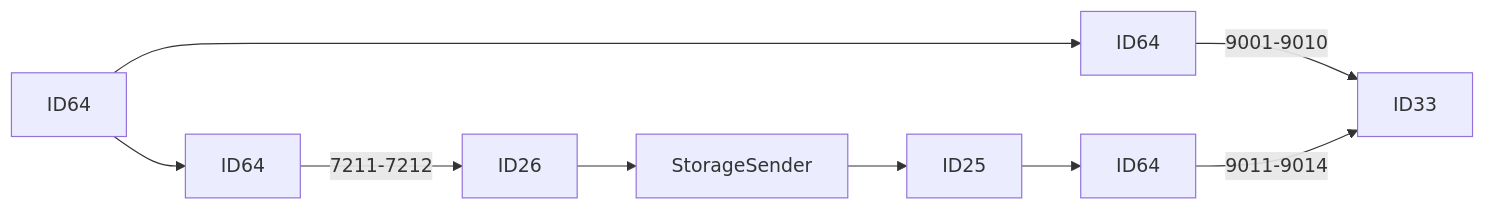
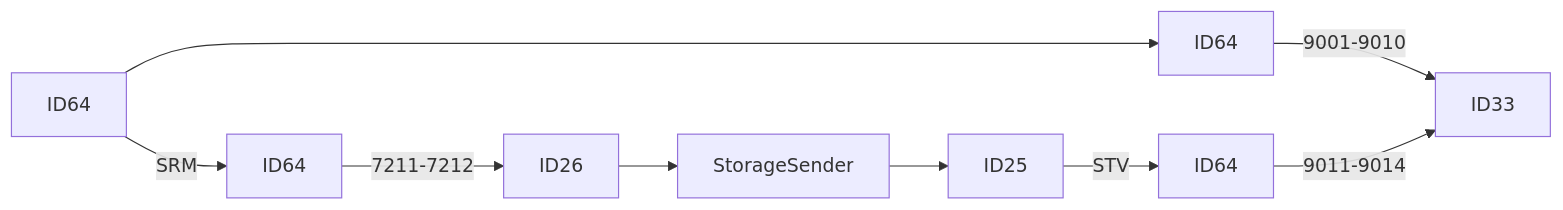
Before and after one commit to luthfiadityaa/SimeDarby-Wiki: the third of 25 diagrams in Basic-Design/DFD-WMS/Storage/Palletizing-Settting/Palletize-Start.md, drawn with Mermaid.

Commit message:
Updated Palletize Start

```diff
--- a/Basic-Design/DFD-WMS/Storage/Palletizing-Settting/Palletize-Start.md
+++ b/Basic-Design/DFD-WMS/Storage/Palletizing-Settting/Palletize-Start.md
@@ -30,9 +30,9 @@
 ::: mermaid
 flowchart LR
 
-P18[ID64]-->P19[ID64]--> |7211-7212| P20[ID26]-->P21[StorageSender]-->P22[ID25]-->P23[ID64]
+P18[ID64]--> |SRM| P19[ID64]--> |7211-7212| P20[ID26]-->P21[StorageSender]-->P22[ID25]--> |STV| P23[ID64]
 
 P18[ID64]-->P13[ID64]
 P13[ID64]--> |9001-9010| P14[ID33]
 P23[ID64]--> |9011-9014| P14[ID33]
 :::
```
